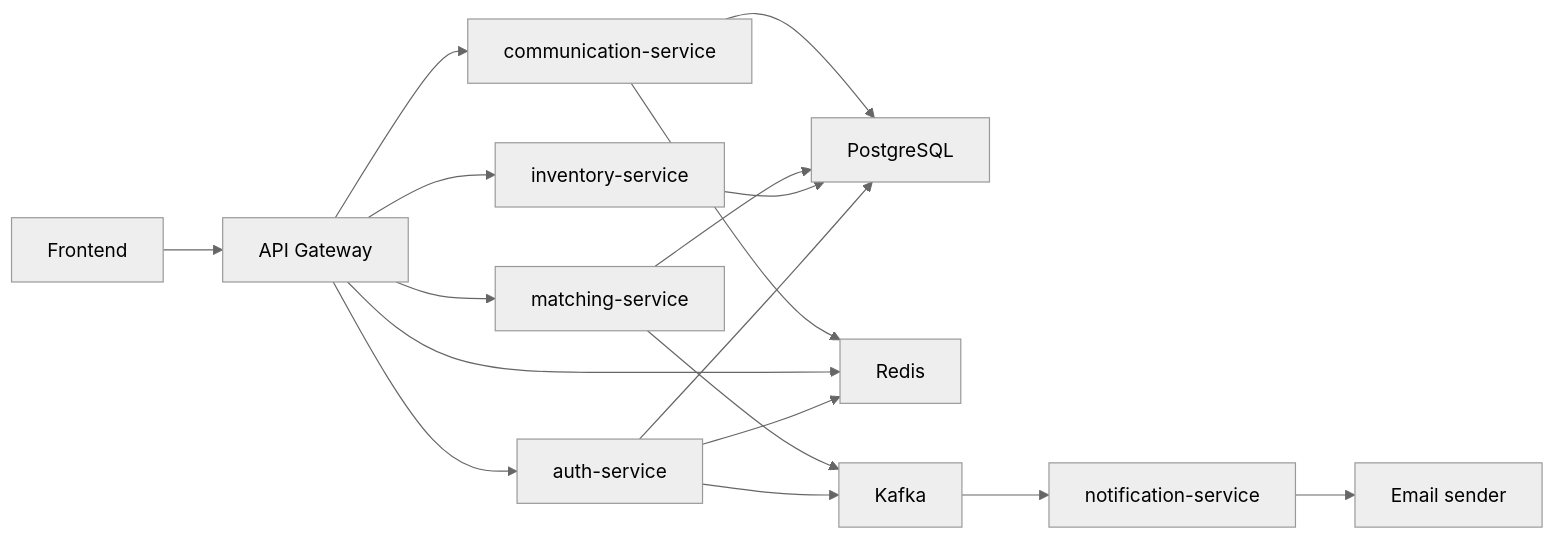
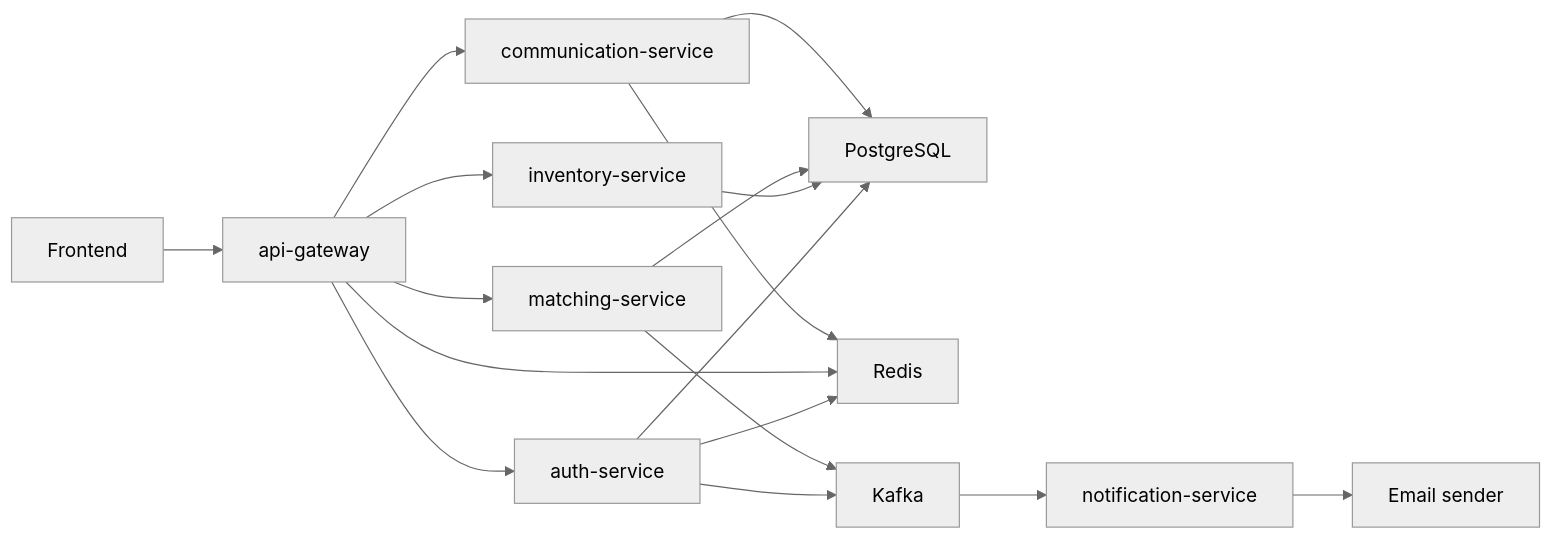
The diagram in docs/architecture.md (tmcrypted/berusmenu), drawn with Mermaid (neutral theme) before and after one commit. The commit also changed other lines of this file and 19 other files, not shown here.

````diff
--- a/docs/architecture.md
+++ b/docs/architecture.md
@@ -9,22 +9,22 @@
 ```mermaid
 flowchart LR
-    FE["Frontend"] --> GW["API Gateway"]
+    FE["Frontend"] --> GW["api-gateway"]
     GW --> AUTH["auth-service"]
     GW --> INV["inventory-service"]
     GW --> MATCH["matching-service"]
     GW --> COMM["communication-service"]
 
     AUTH --> PG["PostgreSQL"]
     INV --> PG
     MATCH --> PG
     COMM --> PG
 
     AUTH --> R["Redis"]
     GW --> R
     COMM --> R
 
     AUTH --> K["Kafka"]
     MATCH --> K
     K --> NOTIF["notification-service"]
     NOTIF --> MAIL["Email sender"]
 ```
````
